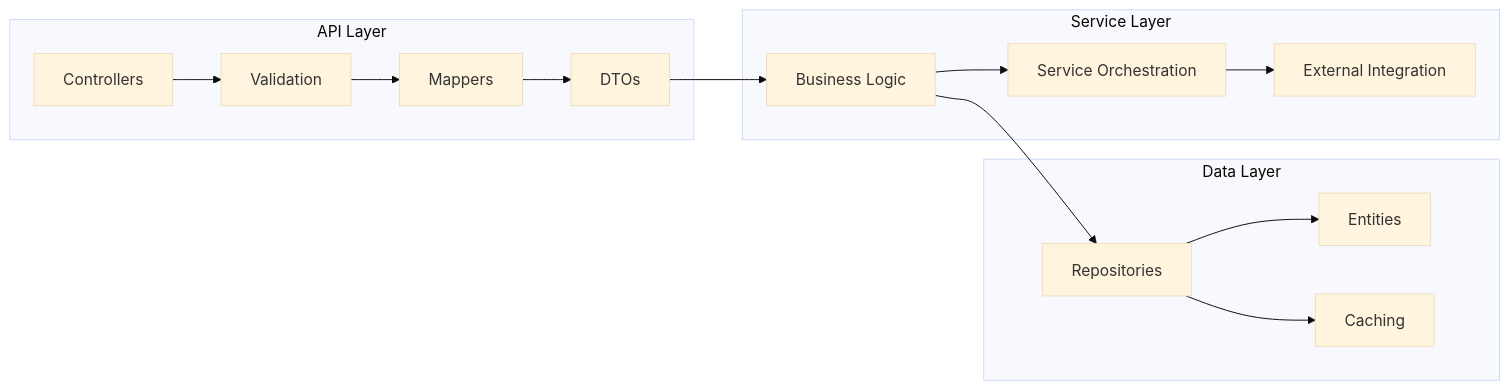
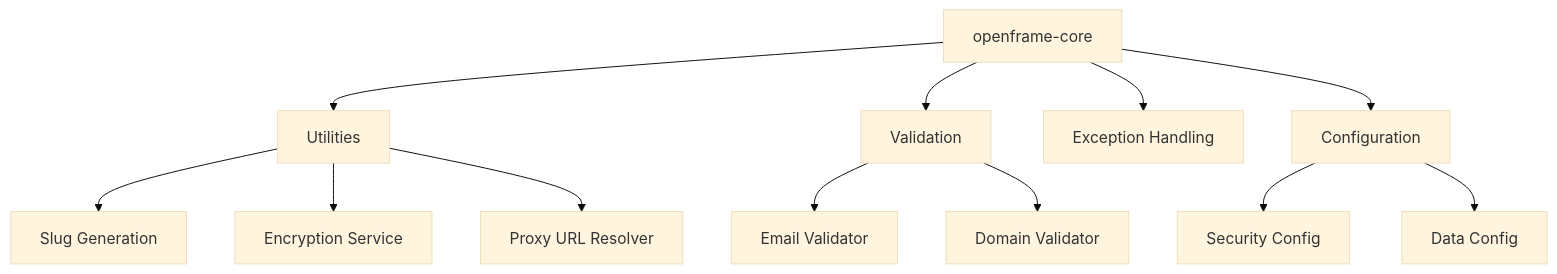
Before and after one commit to flamingo-stack/openframe-oss-lib: the fourth of 18 diagrams in docs/development/architecture/overview.md, drawn with Mermaid (base theme). The commit also changed other lines of this file and 12 other files, not shown here.

````diff
--- a/docs/development/architecture/overview.md
+++ b/docs/development/architecture/overview.md
@@ -94,31 +158,17 @@
 ```mermaid
-graph LR
-    subgraph "API Layer"
-        CONTROLLER[Controllers]
-        VALIDATOR[Validation]
-        MAPPER[Mappers]
-        DTO[DTOs]
-    end
+graph TD
+    CORE[openframe-core] --> UTIL[Utilities]
+    CORE --> VALID[Validation]
+    CORE --> EXCEPT[Exception Handling]
+    CORE --> CONFIG[Configuration]
     
-    subgraph "Service Layer"
-        BUSINESS[Business Logic]
-        ORCHESTRATION[Service Orchestration]
-        INTEGRATION[External Integration]
-    end
+    UTIL --> SLUG[Slug Generation]
+    UTIL --> ENCRYPT[Encryption Service]
+    UTIL --> PROXY[Proxy URL Resolver]
     
-    subgraph "Data Layer"
-        REPOSITORY[Repositories]
-        ENTITY[Entities]
-        CACHE[Caching]
-    end
+    VALID --> EMAIL[Email Validator]
+    VALID --> DOMAIN[Domain Validator]
     
-    CONTROLLER --> VALIDATOR
-    VALIDATOR --> MAPPER
-    MAPPER --> DTO
-    DTO --> BUSINESS
-    BUSINESS --> ORCHESTRATION
-    ORCHESTRATION --> INTEGRATION
-    BUSINESS --> REPOSITORY
-    REPOSITORY --> ENTITY
-    REPOSITORY --> CACHE
+    CONFIG --> SECURITY[Security Config]
+    CONFIG --> DATA[Data Config]
 ```
````
